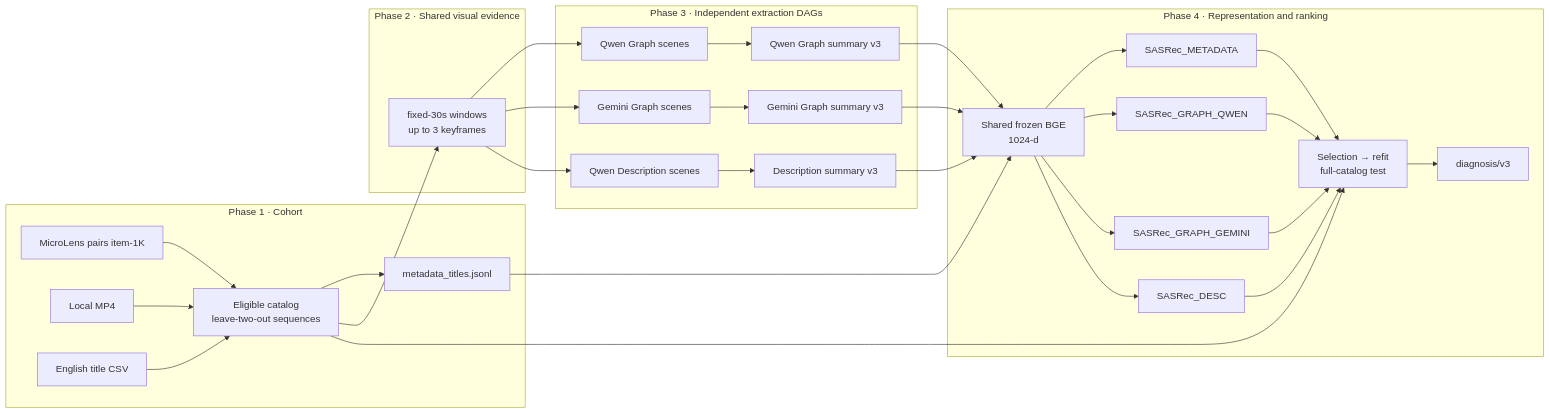
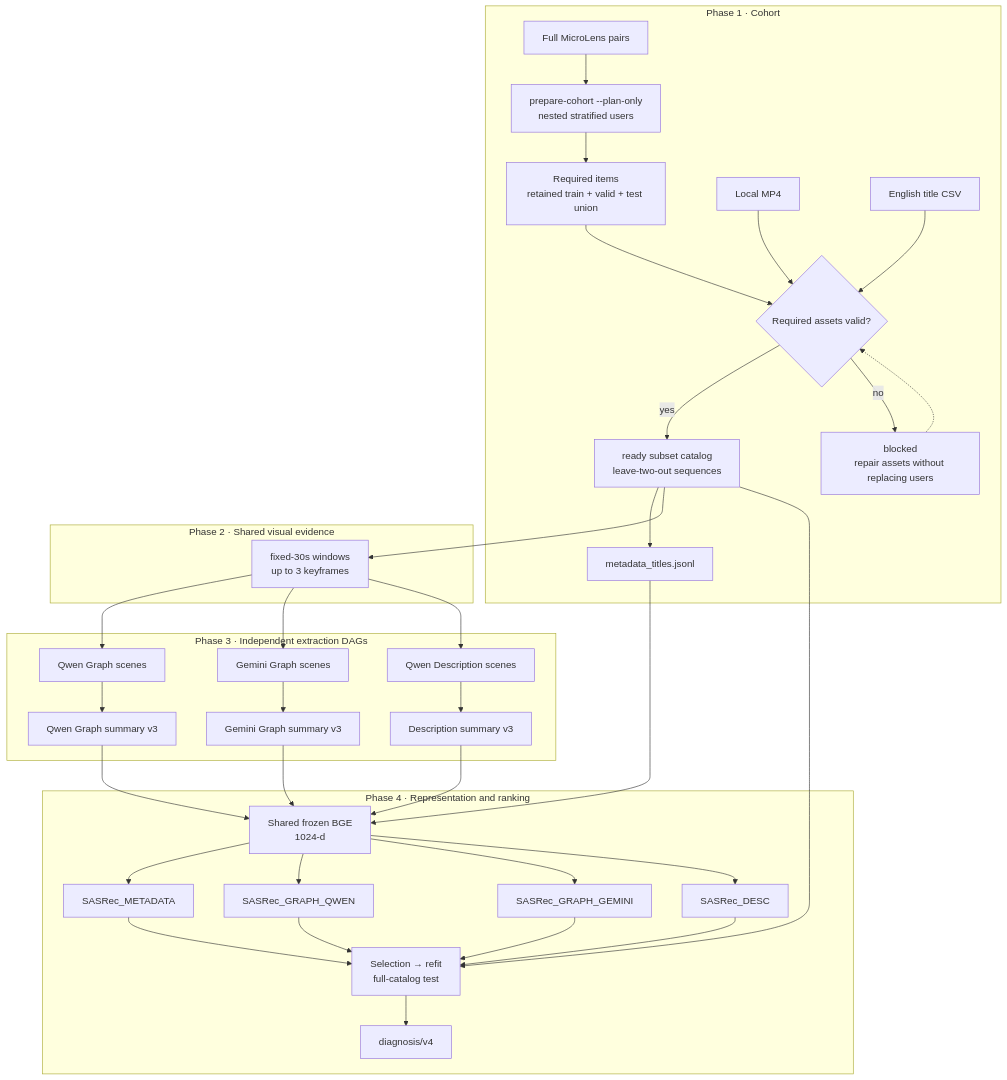
The diagram in README.md (obeychoi0120/ViewingContextPipeline), drawn with Mermaid before and after one commit. The commit also changed other lines of this file and 25 other files, not shown here.

````diff
--- a/README.md
+++ b/README.md
@@ -17,48 +19,55 @@
 ```mermaid
-flowchart LR
+flowchart TB
     subgraph P1[Phase 1 · Cohort]
-        PAIRS[MicroLens pairs item-1K]
+        PAIRS[Full MicroLens pairs]
+        PLAN["prepare-cohort --plan-only<br/>nested stratified users"]
+        REQUIRED[Required items<br/>retained train + valid + test union]
         MP4[Local MP4]
         TITLE[English title CSV]
-        COHORT[Eligible catalog<br/>leave-two-out sequences]
+        CHECK{Required assets valid?}
+        BLOCKED[blocked<br/>repair assets without replacing users]
+        COHORT[ready subset catalog<br/>leave-two-out sequences]
         META[metadata_titles.jsonl]
-        PAIRS --> COHORT
-        MP4 --> COHORT
-        TITLE --> COHORT --> META
+        PAIRS --> PLAN --> REQUIRED --> CHECK
+        MP4 --> CHECK
+        TITLE --> CHECK
+        CHECK -->|yes| COHORT --> META
+        CHECK -->|no| BLOCKED
+        BLOCKED -.-> CHECK
     end
 
     subgraph P2[Phase 2 · Shared visual evidence]
         EVIDENCE[fixed-30s windows<br/>up to 3 keyframes]
     end
 
     subgraph P3[Phase 3 · Independent extraction DAGs]
         GQ[Qwen Graph scenes] --> GQS[Qwen Graph summary v3]
         GG[Gemini Graph scenes] --> GGS[Gemini Graph summary v3]
         DS[Qwen Description scenes] --> DSS[Description summary v3]
     end
 
     subgraph P4[Phase 4 · Representation and ranking]
         BGE[Shared frozen BGE<br/>1024-d]
         MARM[SASRec_METADATA]
         QARM[SASRec_GRAPH_QWEN]
         GARM[SASRec_GRAPH_GEMINI]
         DARM[SASRec_DESC]
         EVAL[Selection → refit<br/>full-catalog test]
-        DIAG[diagnosis/v3]
+        DIAG[diagnosis/v4]
         BGE --> MARM --> EVAL
         BGE --> QARM --> EVAL
         BGE --> GARM --> EVAL
         BGE --> DARM --> EVAL
         EVAL --> DIAG
     end
 
     COHORT --> EVIDENCE
     EVIDENCE --> GQ
     EVIDENCE --> GG
     EVIDENCE --> DS
     META --> BGE
     GQS --> BGE
     GGS --> BGE
     DSS --> BGE
     COHORT --> EVAL
 ```
````
